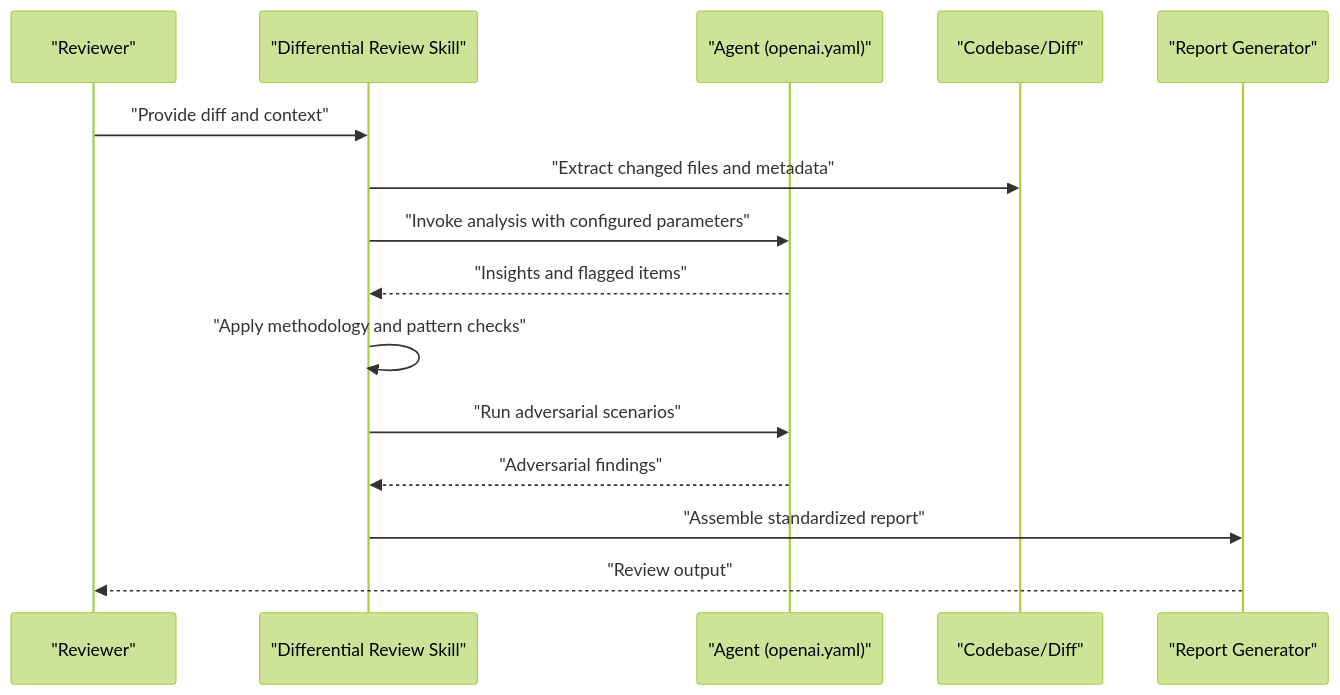
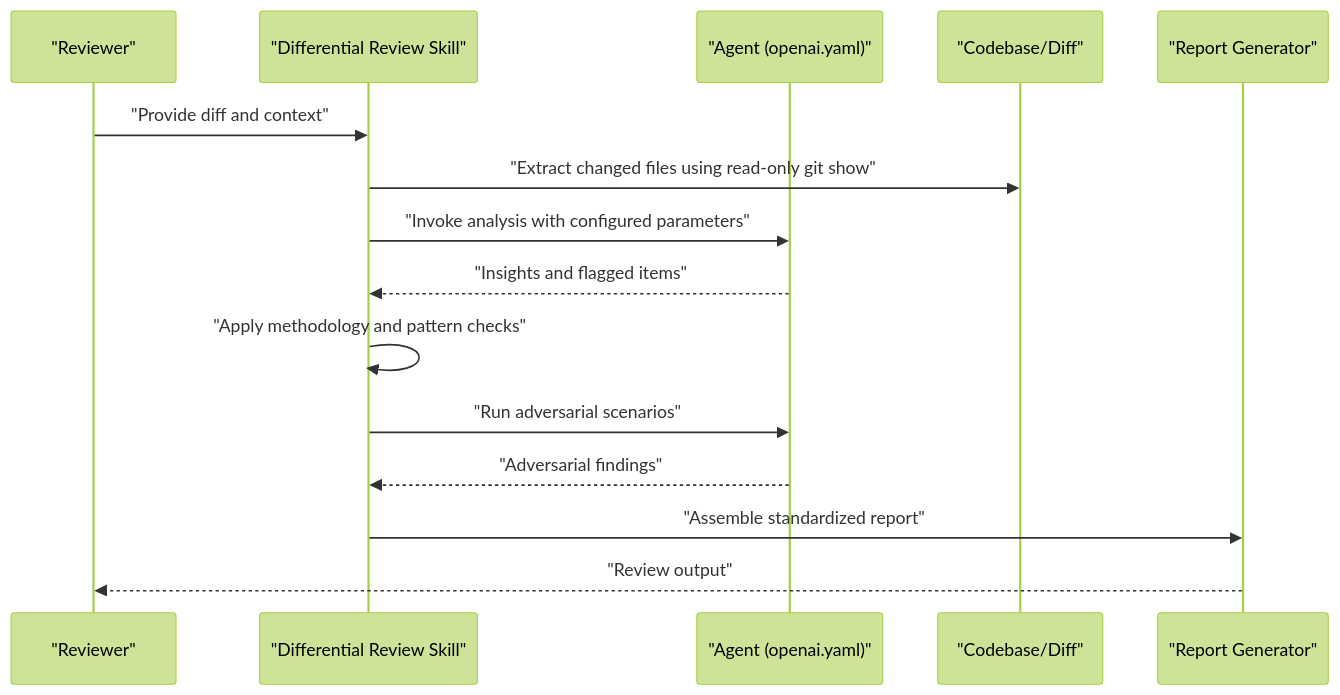
The second of 8 diagrams in .qoder/repowiki/en/content/Skills Reference/Code Review Skills/Differential Review Skill.md (Sherlock-Shi/pi-codex-kit), drawn with Mermaid (forest theme) before and after one commit. The commit also changed other lines of this file and 47 other files, not shown here.

````diff
--- a/.qoder/repowiki/en/content/Skills Reference/Code Review Skills/Differential Review Skill.md
+++ b/.qoder/repowiki/en/content/Skills Reference/Code Review Skills/Differential Review Skill.md
@@ -94,17 +102,17 @@
 ```mermaid
 sequenceDiagram
 participant User as "Reviewer"
 participant Skill as "Differential Review Skill"
 participant Agent as "Agent (openai.yaml)"
 participant Repo as "Codebase/Diff"
 participant Report as "Report Generator"
 User->>Skill : "Provide diff and context"
-Skill->>Repo : "Extract changed files and metadata"
+Skill->>Repo : "Extract changed files using read-only git show"
 Skill->>Agent : "Invoke analysis with configured parameters"
 Agent-->>Skill : "Insights and flagged items"
 Skill->>Skill : "Apply methodology and pattern checks"
 Skill->>Agent : "Run adversarial scenarios"
 Agent-->>Skill : "Adversarial findings"
 Skill->>Report : "Assemble standardized report"
 Report-->>User : "Review output"
 ```
````
